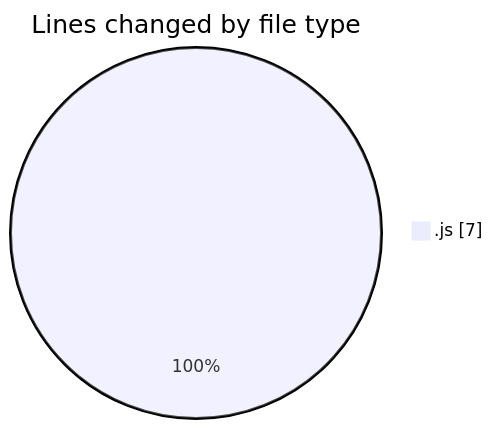
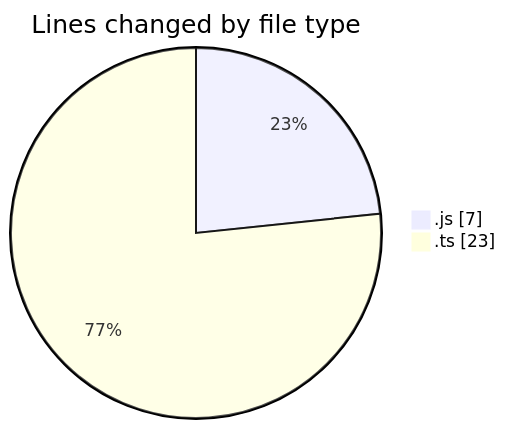
Before and after one commit to momahboobian/code-tracking: the first of 2 diagrams in 2025-06-18/cda/README.md, drawn with Mermaid. The commit also changed other lines of this file and 1 other file, not shown here.

````diff
--- a/2025-06-18/cda/README.md
+++ b/2025-06-18/cda/README.md
@@ -20,5 +21,6 @@
 ```mermaid
 pie showData
 title Lines changed by file type
 ".js" : 7
+".ts" : 23
 ```
````
